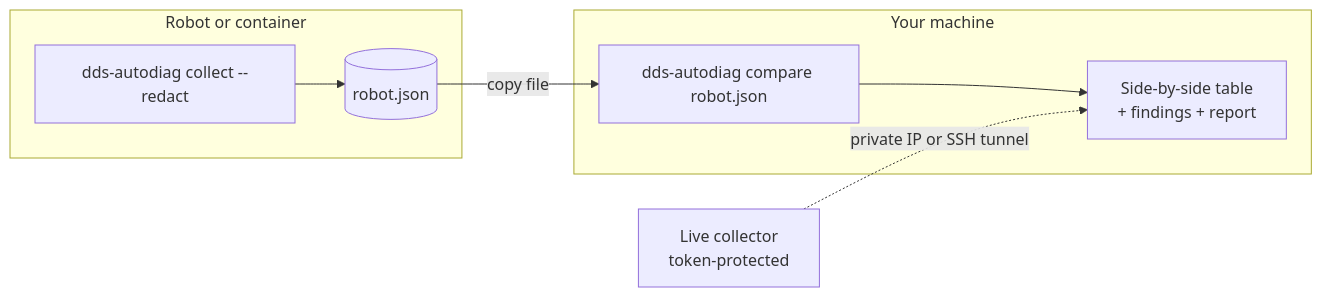
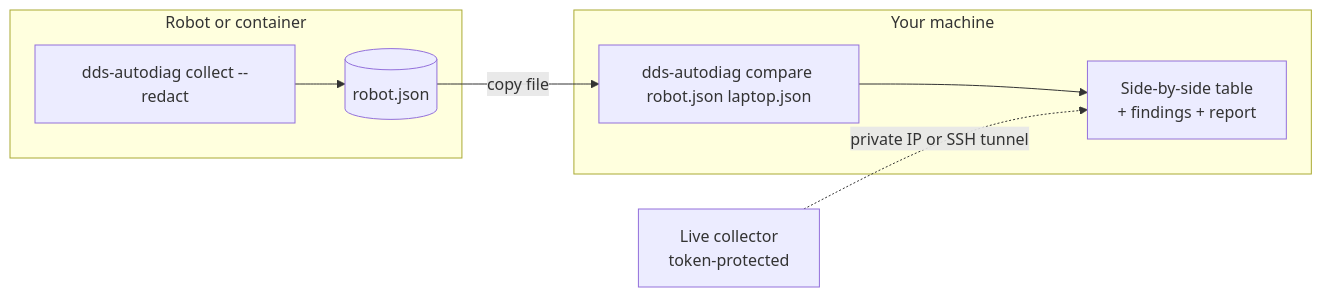
Before and after one commit to Animesh2507/dds-autodiag: the diagram in docs/guides/compare-hosts.md, drawn with Mermaid. The commit also changed other lines of this file and 35 other files, not shown here.

````diff
--- a/docs/guides/compare-hosts.md
+++ b/docs/guides/compare-hosts.md
@@ -6,11 +6,11 @@
 ```mermaid
 flowchart LR
     subgraph robot["Robot or container"]
         R1["dds-autodiag collect --redact"] --> R2[("robot.json")]
     end
     subgraph you["Your machine"]
-        L1["dds-autodiag compare robot.json"] --> L2["Side-by-side table<br/>+ findings + report"]
+        L1["dds-autodiag compare robot.json laptop.json"] --> L2["Side-by-side table<br/>+ findings + report"]
     end
     R2 -- "copy file" --> L1
     R3["Live collector<br/>token-protected"] -. "private IP or SSH tunnel" .-> L2
 ```
````
